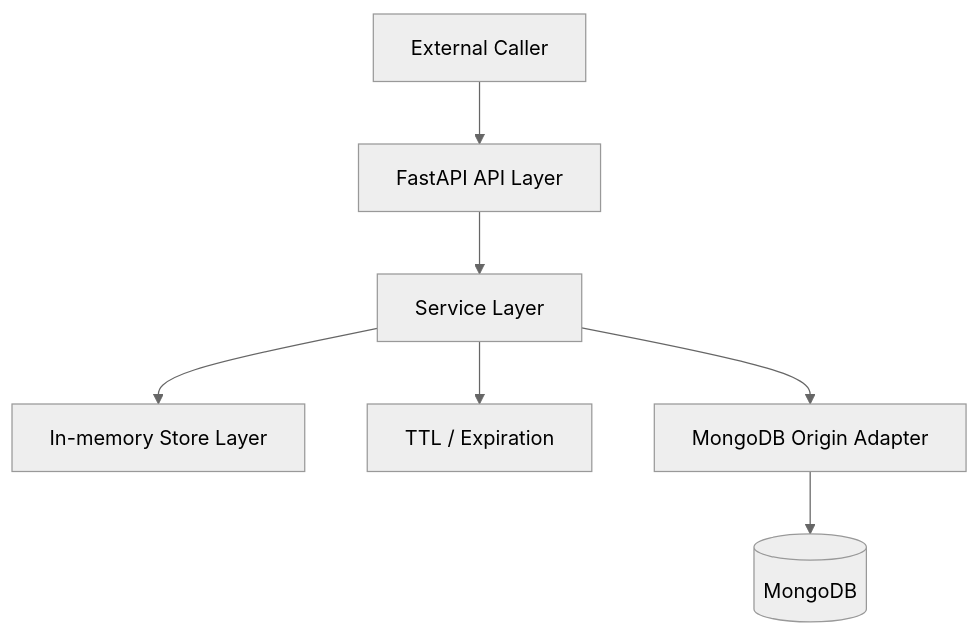
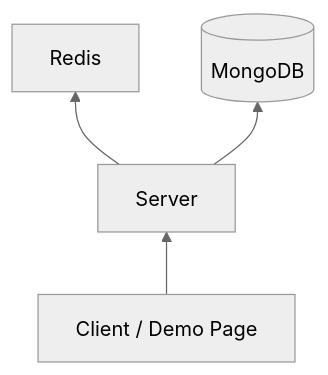
Before and after one commit to sjinbk/krafton_jungle_mini-redis: the diagram in docs/architecture/SYSTEM_DESIGN.md, drawn with Mermaid (neutral theme). The commit also changed other lines of this file and 17 other files, not shown here.

````diff
--- a/docs/architecture/SYSTEM_DESIGN.md
+++ b/docs/architecture/SYSTEM_DESIGN.md
@@ -8,9 +7,7 @@
 ```mermaid
-flowchart TD
-    Client["External Caller"] --> API["FastAPI API Layer"]
-    API --> Service["Service Layer"]
-    Service --> Store["In-memory Store Layer"]
-    Service --> Expiry["TTL / Expiration"]
-    Service --> Origin["MongoDB Origin Adapter"]
-    Origin --> MongoDB[("MongoDB")]
+flowchart BT
+    Client["Client / Demo Page"] --> Service["Server"]
+    Service --> Store["Redis"]
+    Store["Redis"] 
+    Service --> MongoDB[("MongoDB")]
 ```
````
